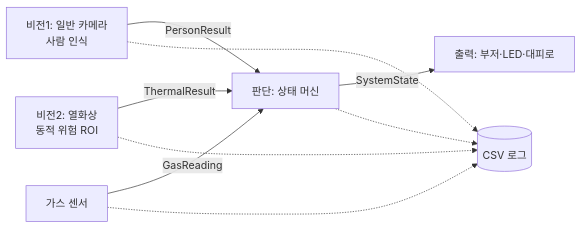
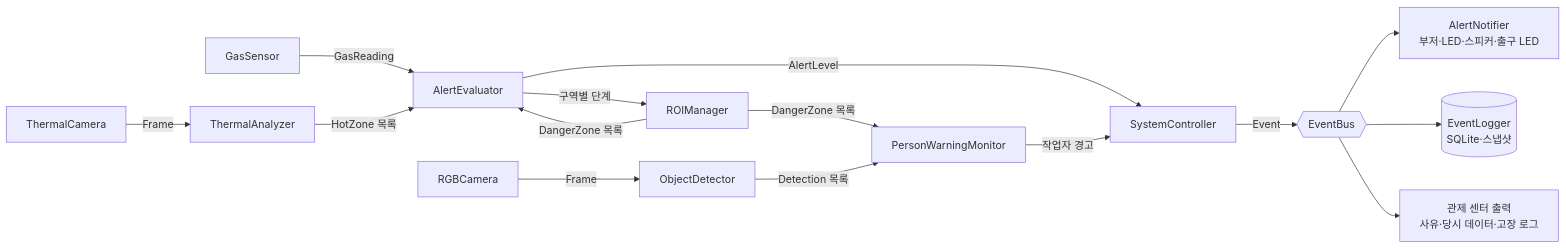
One commit to HD-OndeviceAI-proj1-team2/team2 changed the diagram in docs/03-interface.md. Above: the diagram before and after it, drawn with Mermaid. The commit also changed other lines of this file and 2 other files, not shown here.

````diff
--- a/docs/03-interface.md
+++ b/docs/03-interface.md
@@ -52,8 +54,17 @@
 ```mermaid
 flowchart LR
-    RGB[비전1: 일반 카메라<br>사람 인식] -- PersonResult --> F[판단: 상태 머신]
-    TH[비전2: 열화상<br>동적 위험 ROI] -- ThermalResult --> F
-    GAS[가스 센서] -- GasReading --> F
-    F -- SystemState --> OUT[출력: 부저·LED·대피로]
-    RGB & TH & GAS & F -.-> LOG[(CSV 로그)]
+    TC[ThermalCamera] -- Frame --> TA[ThermalAnalyzer]
+    RC[RGBCamera] -- Frame --> OD[ObjectDetector]
+    GS[GasSensor] -- GasReading --> AE
+    TA -- HotZone 목록 --> AE[AlertEvaluator]
+    AE -- 구역별 단계 --> RM[ROIManager]
+    RM -- DangerZone 목록 --> AE
+    RM -- DangerZone 목록 --> PM[PersonWarningMonitor]
+    OD -- Detection 목록 --> PM
+    AE -- AlertLevel --> CT[SystemController]
+    PM -- 작업자 경고 --> CT
+    CT -- Event --> BUS{{EventBus}}
+    BUS --> AN[AlertNotifier<br>부저·LED·스피커·출구 LED]
+    BUS --> EL[(EventLogger<br>SQLite·스냅샷)]
+    BUS --> CC[관제 센터 출력<br>사유·당시 데이터·고장 로그]
 ```
````
